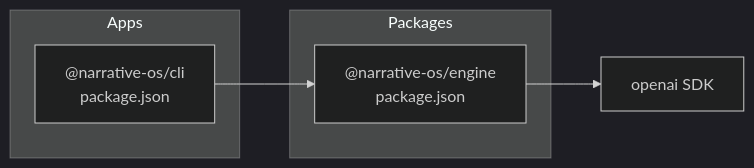
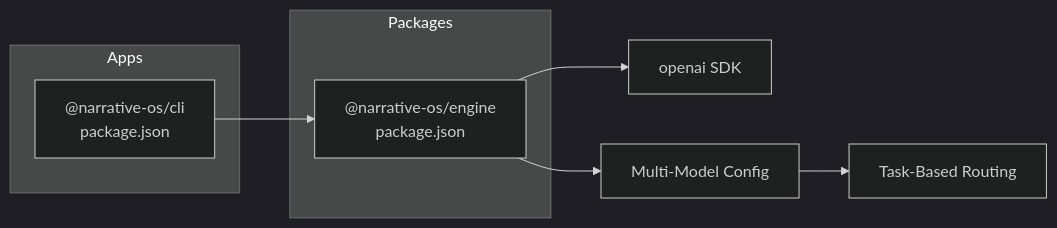
The seventh of 7 diagrams in .qoder/repowiki/en/content/Engine Architecture/LLM Integration Layer.md (liwonder/NARRITIVE_OS), drawn with Mermaid (dark theme) before and after one commit. The commit also changed other lines of this file and 5 other files, not shown here.

````diff
--- a/.qoder/repowiki/en/content/Engine Architecture/LLM Integration Layer.md
+++ b/.qoder/repowiki/en/content/Engine Architecture/LLM Integration Layer.md
@@ -275,11 +387,13 @@
 ```mermaid
 graph LR
 subgraph "Apps"
 CLI["@narrative-os/cli<br/>package.json"]
 end
 subgraph "Packages"
 ENG["@narrative-os/engine<br/>package.json"]
 end
 CLI --> ENG
 ENG --> OPENAI["openai SDK"]
+ENG --> MULTI["Multi-Model Config"]
+MULTI --> TASK_ROUTING["Task-Based Routing"]
 ```
````
